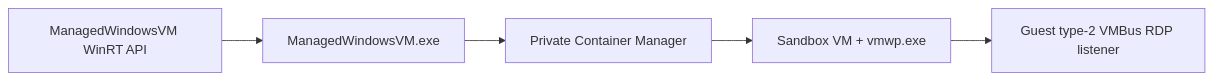
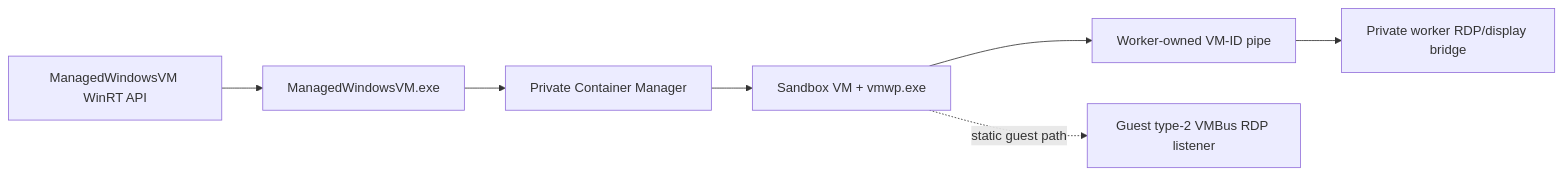
One commit to Devolutions/IronRDP changed the diagram in docs/reversing/windows-sandbox-direct-lifecycle.md. Above: the diagram before and after it, drawn with Mermaid. The commit also changed other lines of this file and 11 other files, not shown here.

````diff
--- a/docs/reversing/windows-sandbox-direct-lifecycle.md
+++ b/docs/reversing/windows-sandbox-direct-lifecycle.md
@@ -26,7 +26,9 @@
 ```mermaid
 flowchart LR
     API[ManagedWindowsVM WinRT API] --> SERVER[ManagedWindowsVM.exe]
     SERVER --> CMS[Private Container Manager]
     CMS --> VM[Sandbox VM + vmwp.exe]
-    VM --> RDP[Guest type-2 VMBus RDP listener]
+    VM --> PIPE[Worker-owned VM-ID pipe]
+    PIPE --> RDP[Private worker RDP/display bridge]
+    VM -. static guest path .-> GUEST[Guest type-2 VMBus RDP listener]
 ```
````
